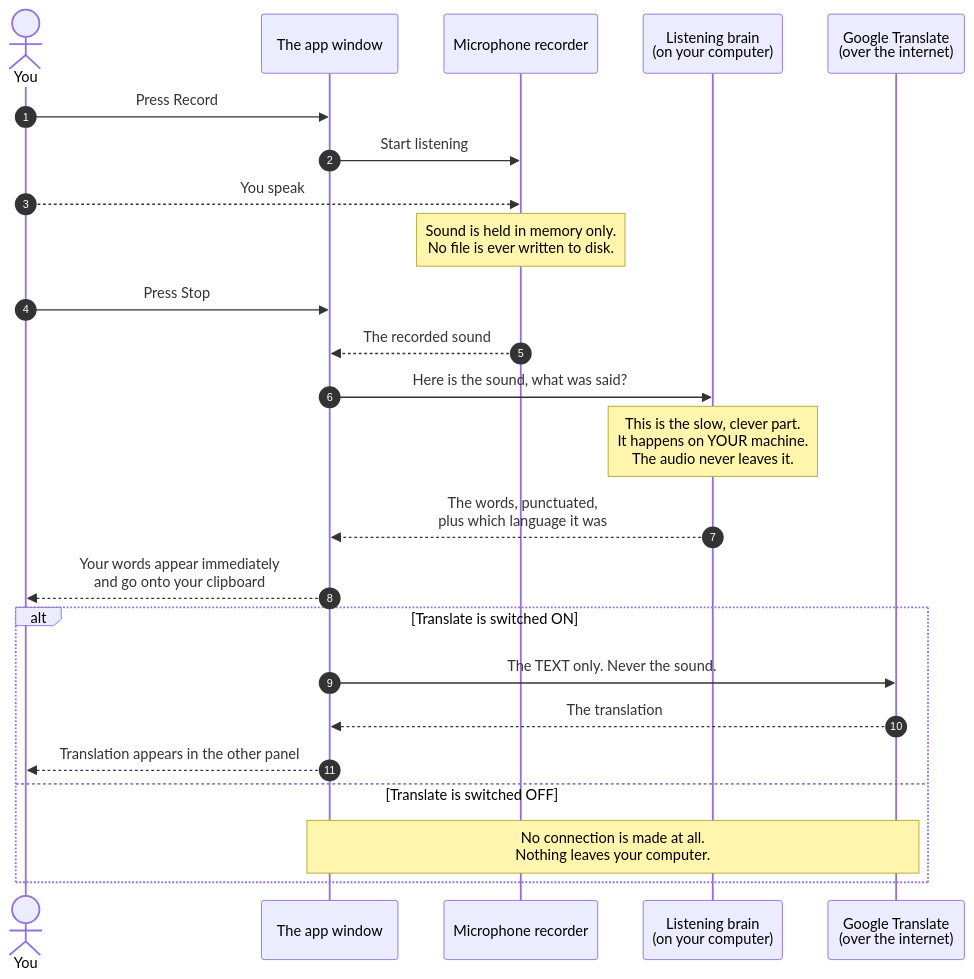
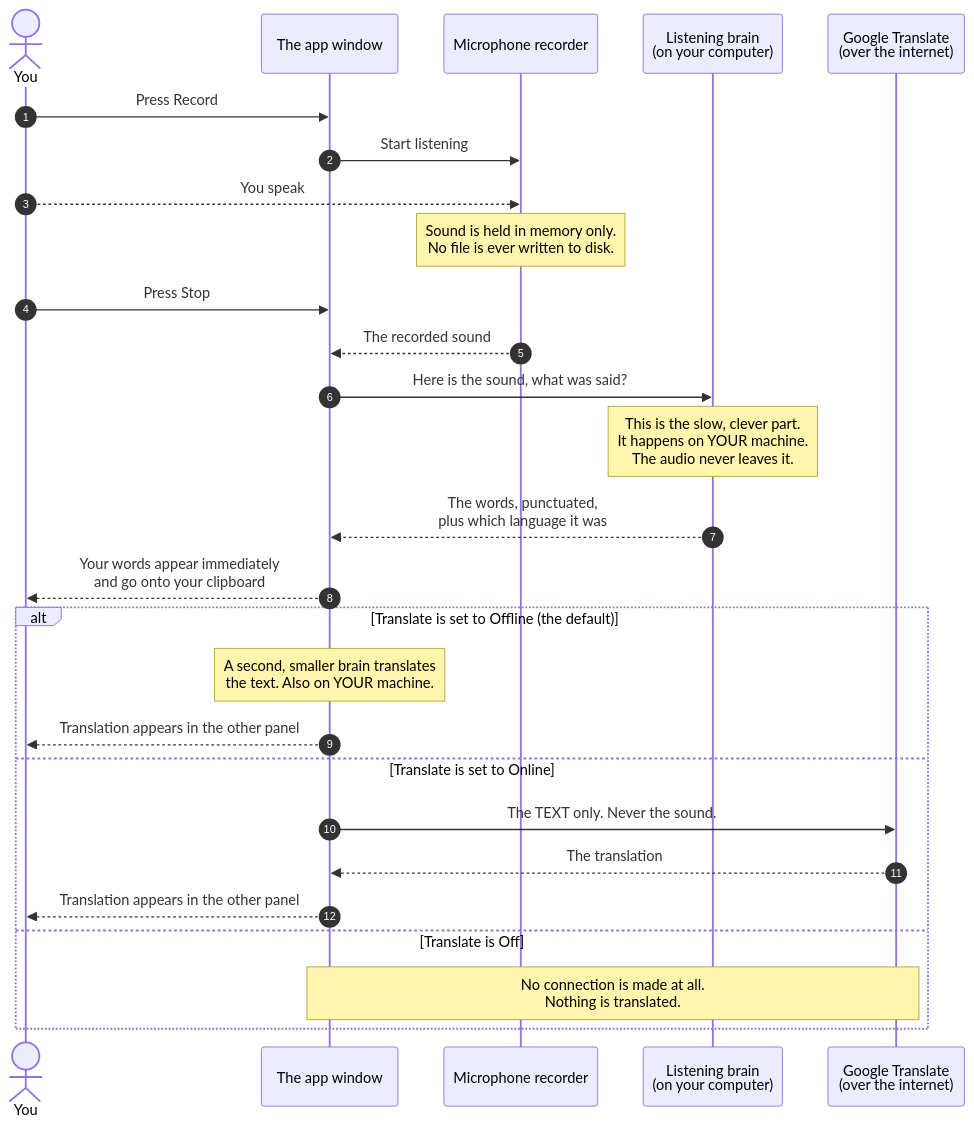
Before and after one commit to mondragon-developer/easy-bilingual-voice-to-text: the second of 3 diagrams in HOW_IT_WORKS.md, drawn with Mermaid. The commit also changed other lines of this file and 15 other files, not shown here.

First line of the commit message:
feat: translation that works offline, and a Mac pill that floats (#21)

````diff
--- a/HOW_IT_WORKS.md
+++ b/HOW_IT_WORKS.md
@@ -172,30 +177,33 @@
 ```mermaid
 sequenceDiagram
     autonumber
     actor You
     participant App as The app window
     participant Mic as Microphone recorder
     participant Brain as Listening brain<br/>(on your computer)
     participant Web as Google Translate<br/>(over the internet)
 
     You->>App: Press Record
     App->>Mic: Start listening
     You-->>Mic: You speak
     Note over Mic: Sound is held in memory only.<br/>No file is ever written to disk.
     You->>App: Press Stop
     Mic-->>App: The recorded sound
 
     App->>Brain: Here is the sound, what was said?
     Note over Brain: This is the slow, clever part.<br/>It happens on YOUR machine.<br/>The audio never leaves it.
     Brain-->>App: The words, punctuated,<br/>plus which language it was
 
     App-->>You: Your words appear immediately<br/>and go onto your clipboard
 
-    alt Translate is switched ON
+    alt Translate is set to Offline (the default)
+        Note over App: A second, smaller brain translates<br/>the text. Also on YOUR machine.
+        App-->>You: Translation appears in the other panel
+    else Translate is set to Online
         App->>Web: The TEXT only. Never the sound.
         Web-->>App: The translation
         App-->>You: Translation appears in the other panel
-    else Translate is switched OFF
-        Note over App,Web: No connection is made at all.<br/>Nothing leaves your computer.
+    else Translate is Off
+        Note over App,Web: No connection is made at all.<br/>Nothing is translated.
     end
 ```
````
